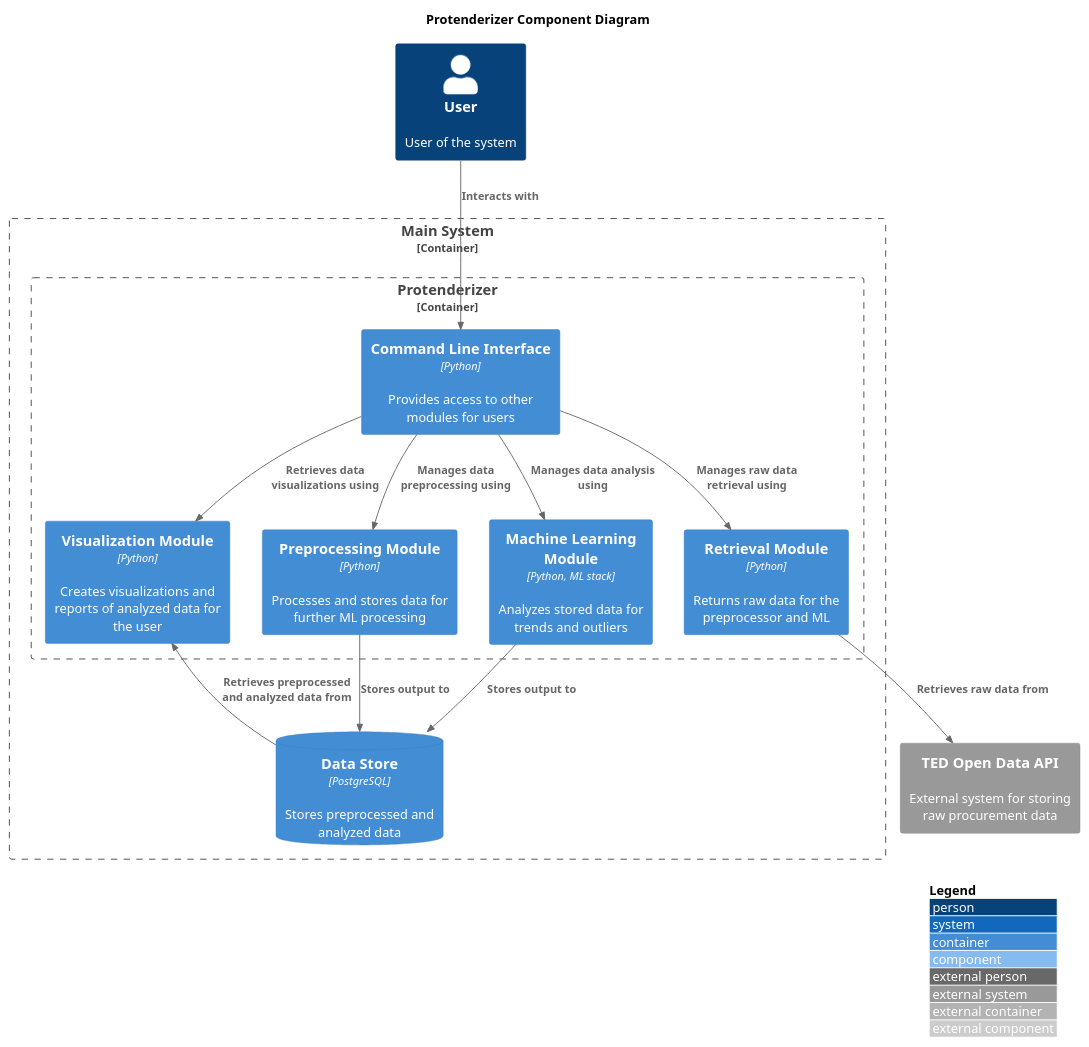
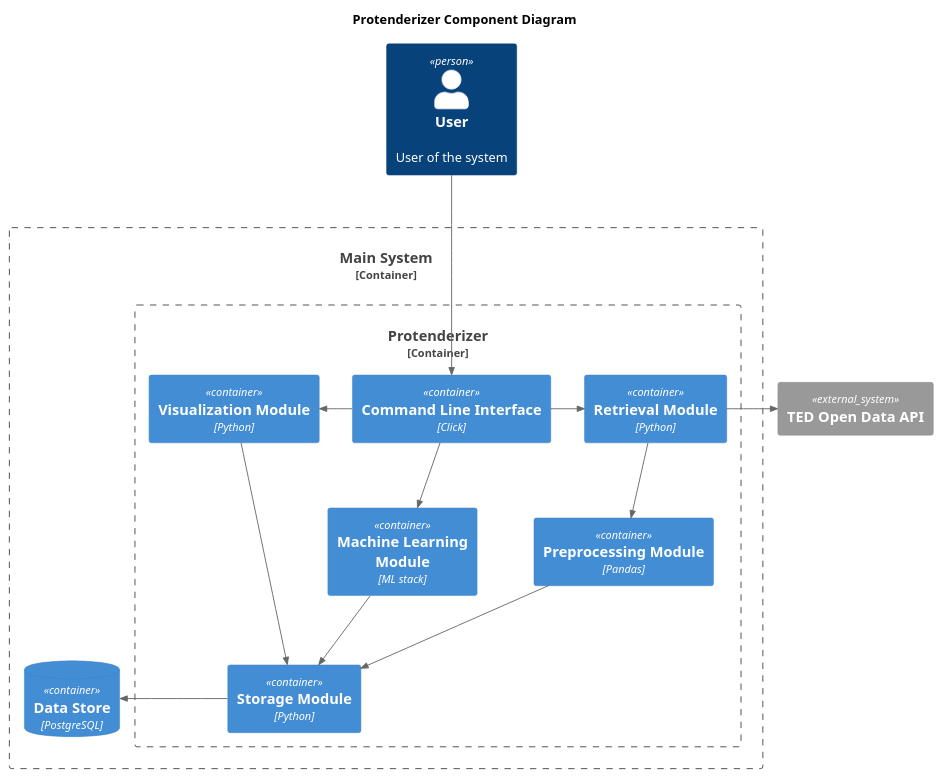
Before and after one commit to danssolutions/protenderizer: the diagram in plantuml/protenderizer-component.puml, drawn with PlantUML. The commit also changed 5 other files, not shown here.

Commit message:
Adding initial data preprocessing and storage impl

```diff
--- a/plantuml/protenderizer-component.puml
+++ b/plantuml/protenderizer-component.puml
@@ -1,35 +1,37 @@
 @startuml protenderizer-component
 !include <C4/C4_Component.puml>
 
 LAYOUT_TOP_DOWN()
 'LAYOUT_AS_SKETCH()
-LAYOUT_WITH_LEGEND()
+'LAYOUT_WITH_LEGEND()
 
 title Protenderizer Component Diagram
 
 Person(user, "User", "User of the system")
 
-System_Ext(ted, "TED Open Data API", "External system for storing raw procurement data")
+System_Ext(ted, "TED Open Data API")
 
 Container_Boundary(main_system, "Main System") {
     Container_Boundary(application, "Protenderizer") {
-        Container(data_retrieval, "Retrieval Module", "Python", "Returns raw data for the preprocessor and ML")
-        Container(data_preprocessing, "Preprocessing Module", "Python", "Processes and stores data for further ML processing")
-        Container(data_visualization, "Visualization Module", "Python", "Creates visualizations and reports of analyzed data for the user")
-        Container(machine_learning, "Machine Learning Module", "Python, ML stack", "Analyzes stored data for trends and outliers")
-        Container(cli, "Command Line Interface", "Python", "Provides access to other modules for users")
+        Container(data_retrieval, "Retrieval Module", "Python")
+        Container(data_preprocessing, "Preprocessing Module", "Pandas")
+        Container(data_storage, "Storage Module", "Python")
+        Container(data_visualization, "Visualization Module", "Python")
+        Container(machine_learning, "Machine Learning Module", "ML stack")
+        Container(cli, "Command Line Interface", "Click")
     }
-    ContainerDb(data_storage, "Data Store", "PostgreSQL", "Stores preprocessed and analyzed data")
+    ContainerDb(database, "Data Store", "PostgreSQL")
 }
 
-Rel(user, cli, "Interacts with")
-Rel(cli, data_retrieval, "Manages raw data retrieval using")
-Rel(data_retrieval, ted, "Retrieves raw data from")
-Rel(cli, data_preprocessing, "Manages data preprocessing using")
-Rel(cli, machine_learning, "Manages data analysis using")
-Rel(cli, data_visualization, "Retrieves data visualizations using")
-Rel(machine_learning, data_storage, "Stores output to")
-Rel(data_preprocessing, data_storage, "Stores output to")
-Rel(data_storage, data_visualization, "Retrieves preprocessed and analyzed data from")
+Rel(user, cli, "")
+Rel_Right(cli, data_retrieval, "")
+Rel_Right(data_retrieval, ted, "")
+Rel(data_retrieval, data_preprocessing, "")
+Rel(cli, machine_learning, "")
+Rel_Left(cli, data_visualization, "")
+Rel_Down(machine_learning, data_storage, "")
+Rel(data_preprocessing, data_storage, "")
+Rel_Right(data_storage, database, "")
+Rel(data_visualization, data_storage, "")
 
 @enduml
```
